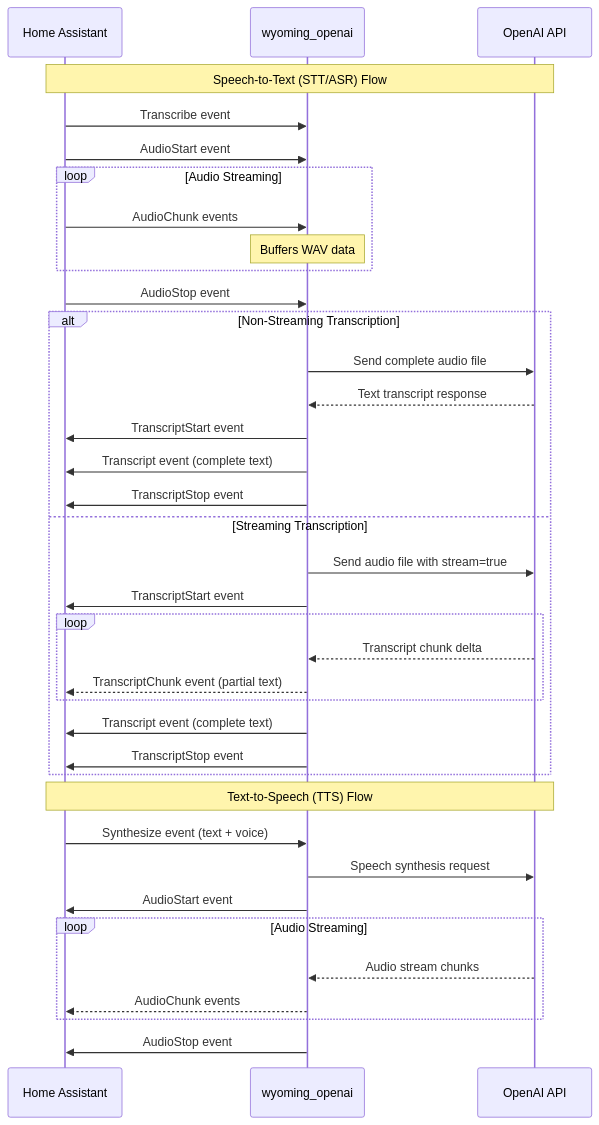
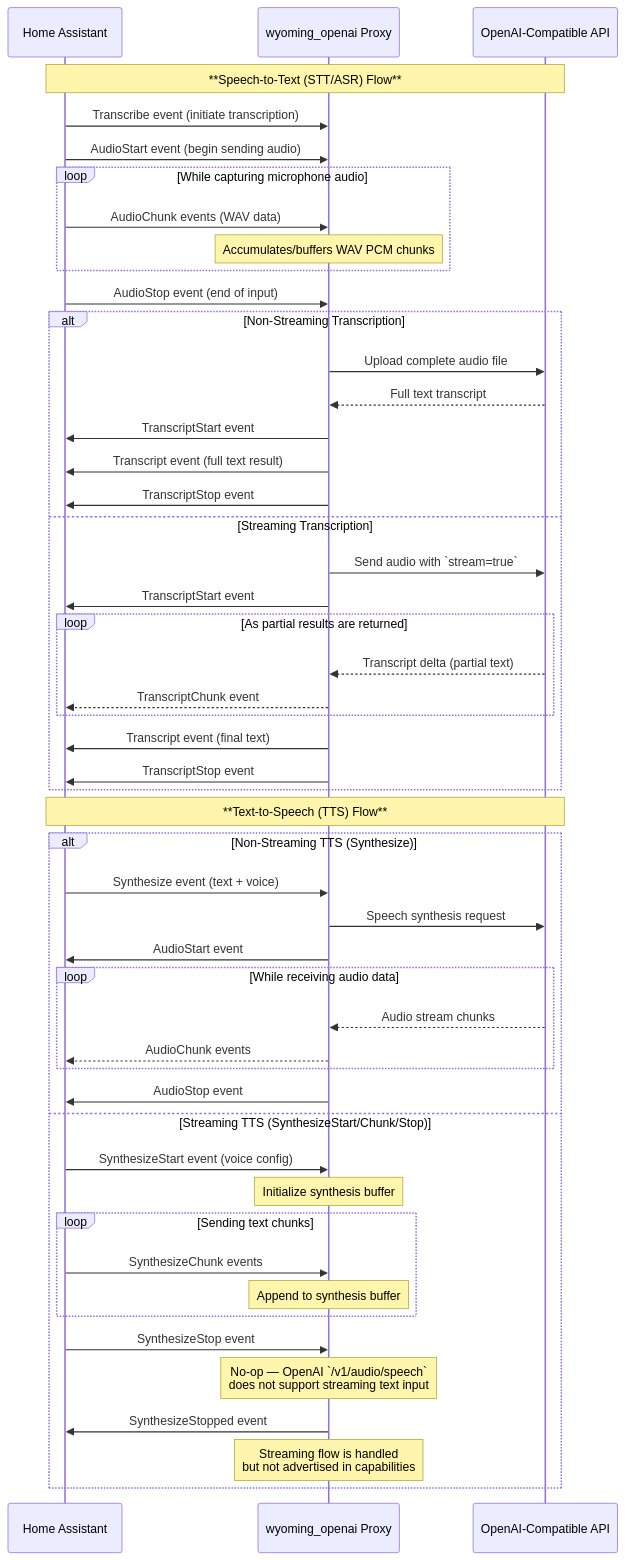
The first of 2 diagrams in README.md (roryeckel/wyoming_openai), drawn with Mermaid before and after one commit.

Commit message:
Enhance README: Clarify sequence diagrams for STT and TTS flows, improving readability and detail

````diff
--- a/README.md
+++ b/README.md
@@ -308,41 +308,56 @@
 ```mermaid
 sequenceDiagram
   participant HA as Home Assistant
-  participant WY as wyoming_openai
-  participant OAPI as OpenAI API
-  Note over HA,OAPI: Speech-to-Text (STT/ASR) Flow
-  HA->>WY: Transcribe event
-  HA->>WY: AudioStart event
-  loop Audio Streaming
-  HA->>WY: AudioChunk events
-  Note over WY: Buffers WAV data
+  participant WY as wyoming_openai Proxy
+  participant OAPI as OpenAI-Compatible API
+  
+  Note over HA,OAPI: **Speech-to-Text (STT/ASR) Flow**
+  HA->>WY: Transcribe event (initiate transcription)
+  HA->>WY: AudioStart event (begin sending audio)
+  loop While capturing microphone audio
+    HA->>WY: AudioChunk events (WAV data)
+    Note over WY: Accumulates/buffers WAV PCM chunks
   end
-  HA->>WY: AudioStop event
+  HA->>WY: AudioStop event (end of input)
   
   alt Non-Streaming Transcription
-    WY->>OAPI: Send complete audio file
-    OAPI-->>WY: Text transcript response
+    WY->>OAPI: Upload complete audio file
+    OAPI-->>WY: Full text transcript
     WY->>HA: TranscriptStart event
-    WY->>HA: Transcript event (complete text)
+    WY->>HA: Transcript event (full text result)
     WY->>HA: TranscriptStop event
   else Streaming Transcription
-    WY->>OAPI: Send audio file with stream=true
+    WY->>OAPI: Send audio with `stream=true`
     WY->>HA: TranscriptStart event
-    loop
-      OAPI-->>WY: Transcript chunk delta
-      WY-->>HA: TranscriptChunk event (partial text)
+    loop As partial results are returned
+      OAPI-->>WY: Transcript delta (partial text)
+      WY-->>HA: TranscriptChunk event
     end
-    WY->>HA: Transcript event (complete text)
+    WY->>HA: Transcript event (final text)
     WY->>HA: TranscriptStop event
   end
   
-  Note over HA,OAPI: Text-to-Speech (TTS) Flow
-  HA->>WY: Synthesize event (text + voice)
-  WY->>OAPI: Speech synthesis request
-  WY->>HA: AudioStart event
-  loop Audio Streaming
-  OAPI-->>WY: Audio stream chunks
-  WY-->>HA: AudioChunk events
+  Note over HA,OAPI: **Text-to-Speech (TTS) Flow**
+  
+  alt Non-Streaming TTS (Synthesize)
+    HA->>WY: Synthesize event (text + voice)
+    WY->>OAPI: Speech synthesis request
+    WY->>HA: AudioStart event
+    loop While receiving audio data
+      OAPI-->>WY: Audio stream chunks
+      WY-->>HA: AudioChunk events
+    end
+    WY->>HA: AudioStop event
+  else Streaming TTS (SynthesizeStart/Chunk/Stop)
+    HA->>WY: SynthesizeStart event (voice config)
+    Note over WY: Initialize synthesis buffer
+    loop Sending text chunks
+      HA->>WY: SynthesizeChunk events
+      Note over WY: Append to synthesis buffer
+    end
+    HA->>WY: SynthesizeStop event
+    Note over WY: No-op — OpenAI `/v1/audio/speech`<br/>does not support streaming text input
+    WY->>HA: SynthesizeStopped event
+    Note over WY: Streaming flow is handled<br/>but not advertised in capabilities
   end
-  WY->>HA: AudioStop event
 ```
````
